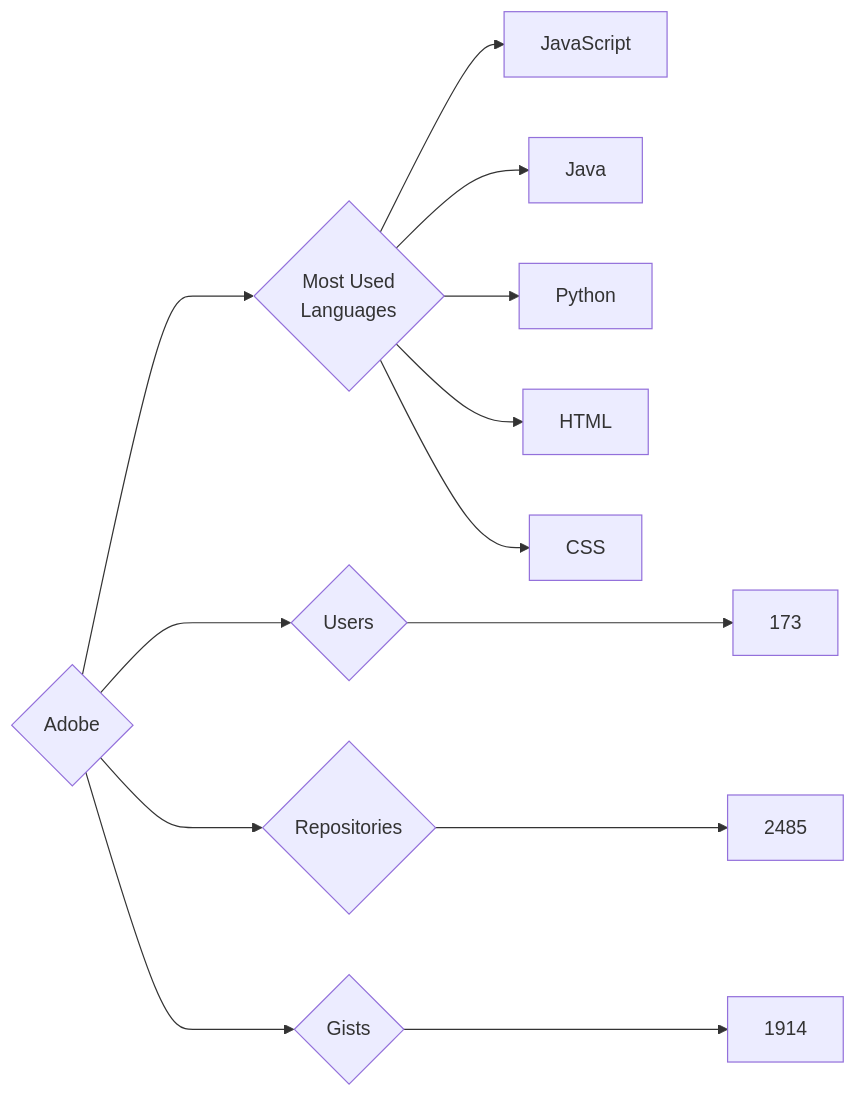
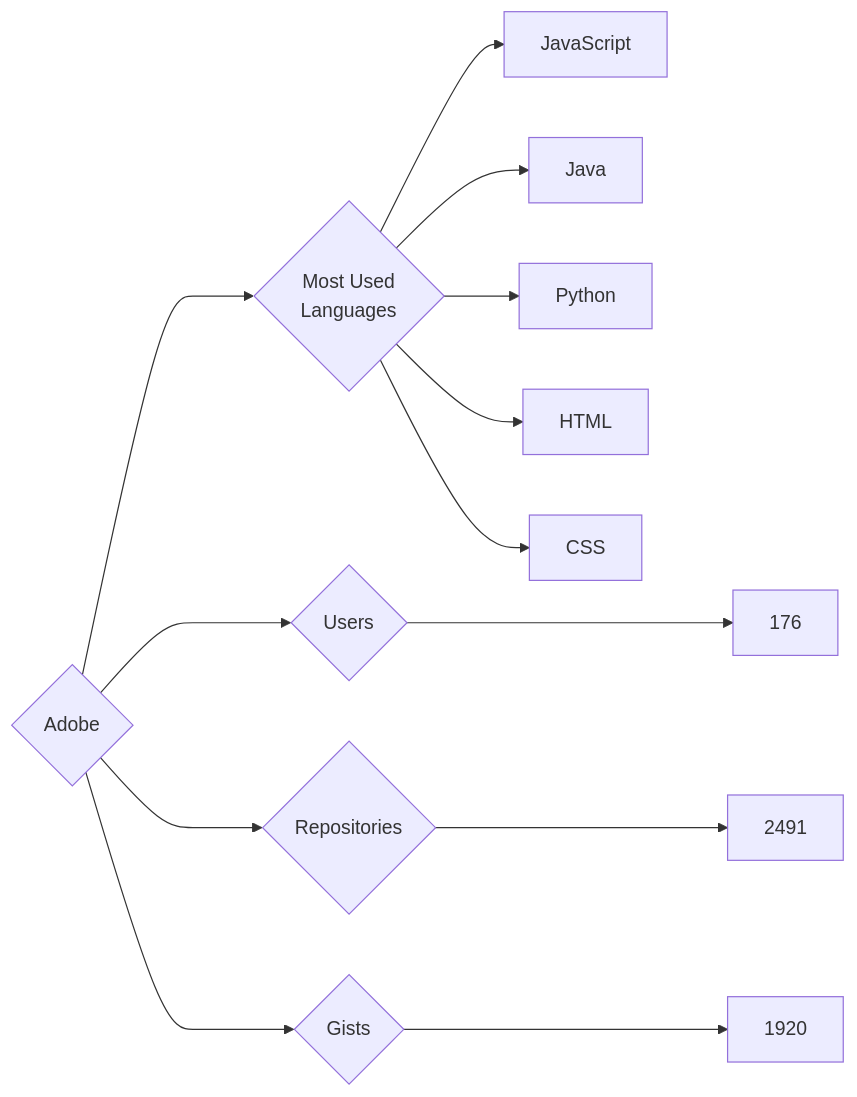
One commit to trickest/insiders changed the diagram in targets/Adobe/README.md. Above: the diagram before and after it, drawn with Mermaid. The commit also changed 1314 other files, not shown here.

````diff
--- a/targets/Adobe/README.md
+++ b/targets/Adobe/README.md
@@ -3,13 +3,13 @@
 ```mermaid
 graph LR
 COMPANY_NAME{Adobe}
-COMPANY_NAME ---> U{Users} ---> UN[173]
-COMPANY_NAME ---> R{Repositories} ---> RN[2485]
-COMPANY_NAME ---> G{Gists} ---> GN[1914]
+COMPANY_NAME ---> U{Users} ---> UN[176]
+COMPANY_NAME ---> R{Repositories} ---> RN[2491]
+COMPANY_NAME ---> G{Gists} ---> GN[1920]
 COMPANY_NAME ---> ML{Most Used<br>Languages}
 ML --> JavaScript[JavaScript]
 ML --> Java[Java]
 ML --> Python[Python]
 ML --> HTML[HTML]
 ML --> CSS[CSS]
 ```
````
